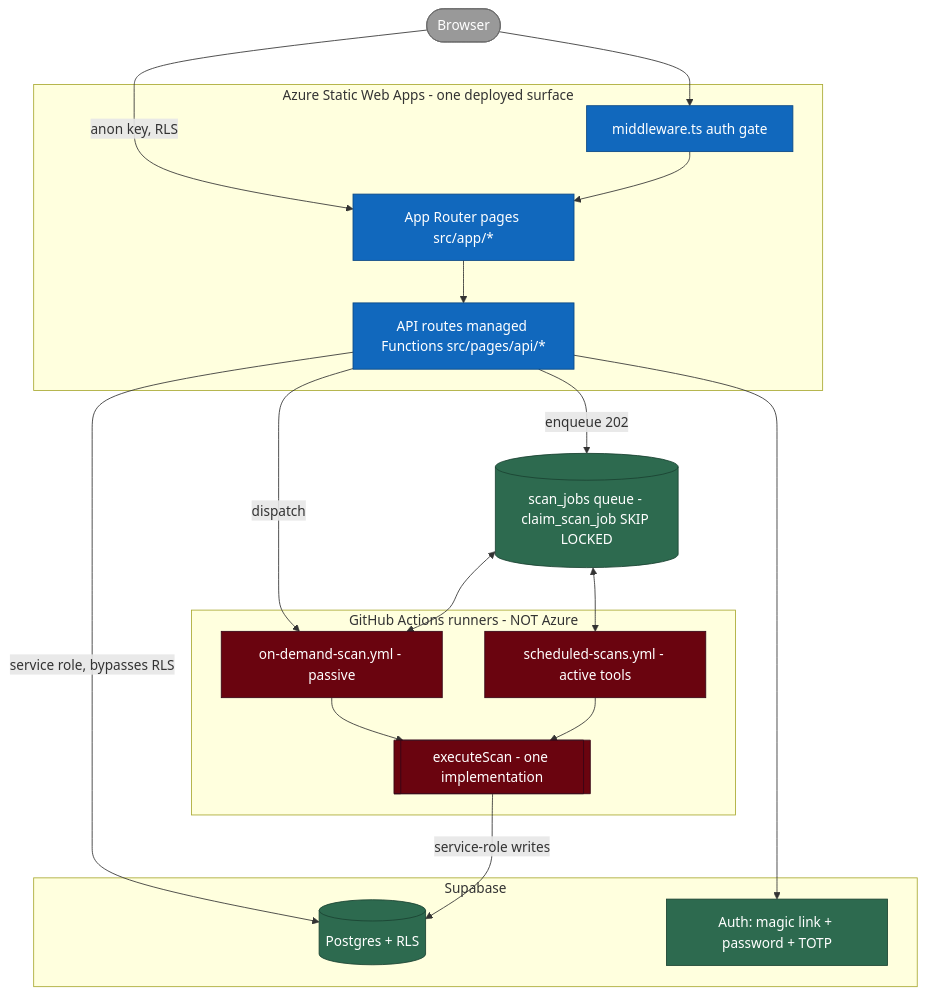
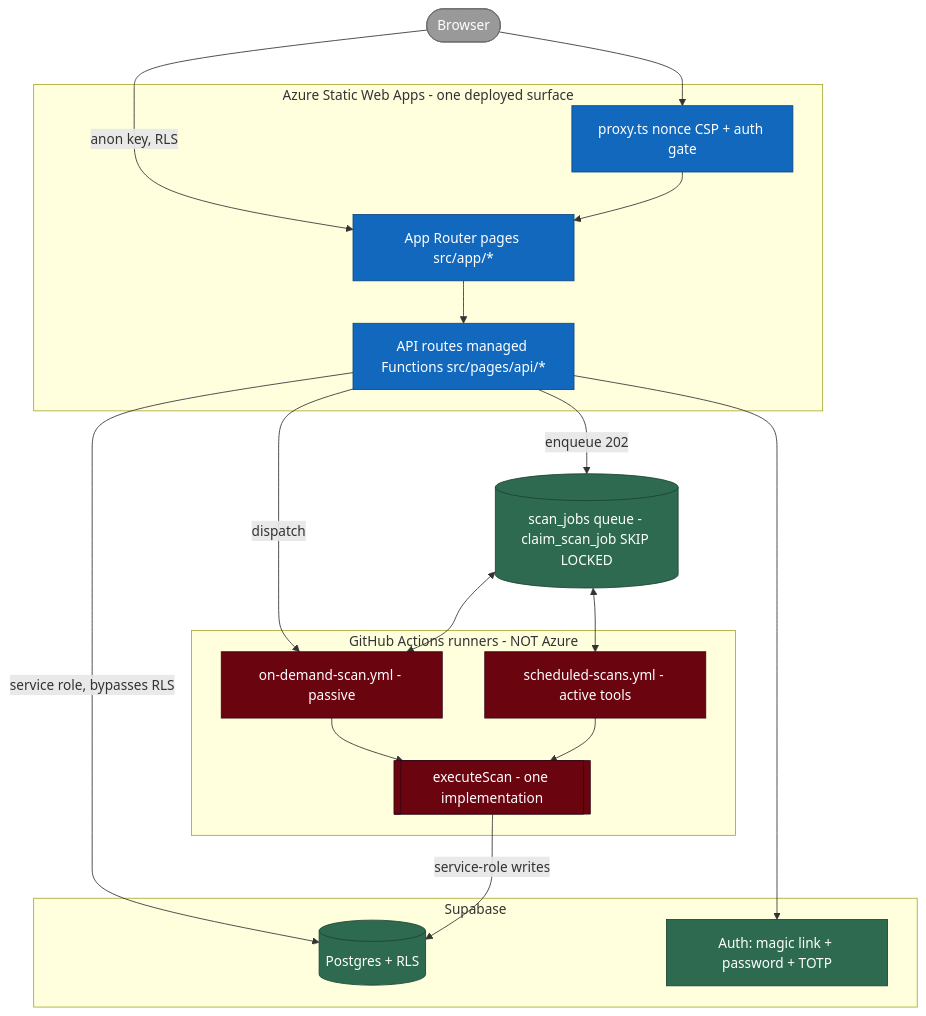
The second of 4 diagrams in hebridescyber-app/docs/architecture.md (andrew-barvas/hebrides-cyber), drawn with Mermaid before and after one commit. The commit also changed other lines of this file and 5 other files, not shown here.

````diff
--- a/hebridescyber-app/docs/architecture.md
+++ b/hebridescyber-app/docs/architecture.md
@@ -51,31 +51,31 @@
 ```mermaid
 flowchart TB
     classDef app fill:#1168bd,stroke:#0b4884,color:#fff
     classDef store fill:#2d6a4f,stroke:#1b4332,color:#fff
     classDef worker fill:#6a040f,stroke:#370617,color:#fff
     classDef ext fill:#999,stroke:#6b6b6b,color:#fff
     Browser([Browser]):::ext
     subgraph SWA[Azure Static Web Apps - one deployed surface]
         Pages[App Router pages src/app/*]:::app
         API[API routes managed Functions src/pages/api/*]:::app
-        MW[middleware.ts auth gate]:::app
+        MW[proxy.ts nonce CSP + auth gate]:::app
     end
     subgraph Data[Supabase]
         PG[(Postgres + RLS)]:::store
         AUTH[Auth: magic link + password + TOTP]:::store
     end
     JOBS[(scan_jobs queue - claim_scan_job SKIP LOCKED)]:::store
     subgraph Workers[GitHub Actions runners - NOT Azure]
         WON[on-demand-scan.yml - passive]:::worker
         WSCHED[scheduled-scans.yml - active tools]:::worker
         EXE[[executeScan - one implementation]]:::worker
     end
     Browser -->|anon key, RLS| Pages
     Browser --> MW --> Pages --> API
     API -->|service role, bypasses RLS| PG
     API --> AUTH
     API -->|enqueue 202| JOBS
     API -->|dispatch| WON
     JOBS <--> WON & WSCHED
     WON & WSCHED --> EXE -->|service-role writes| PG
 ```
````
